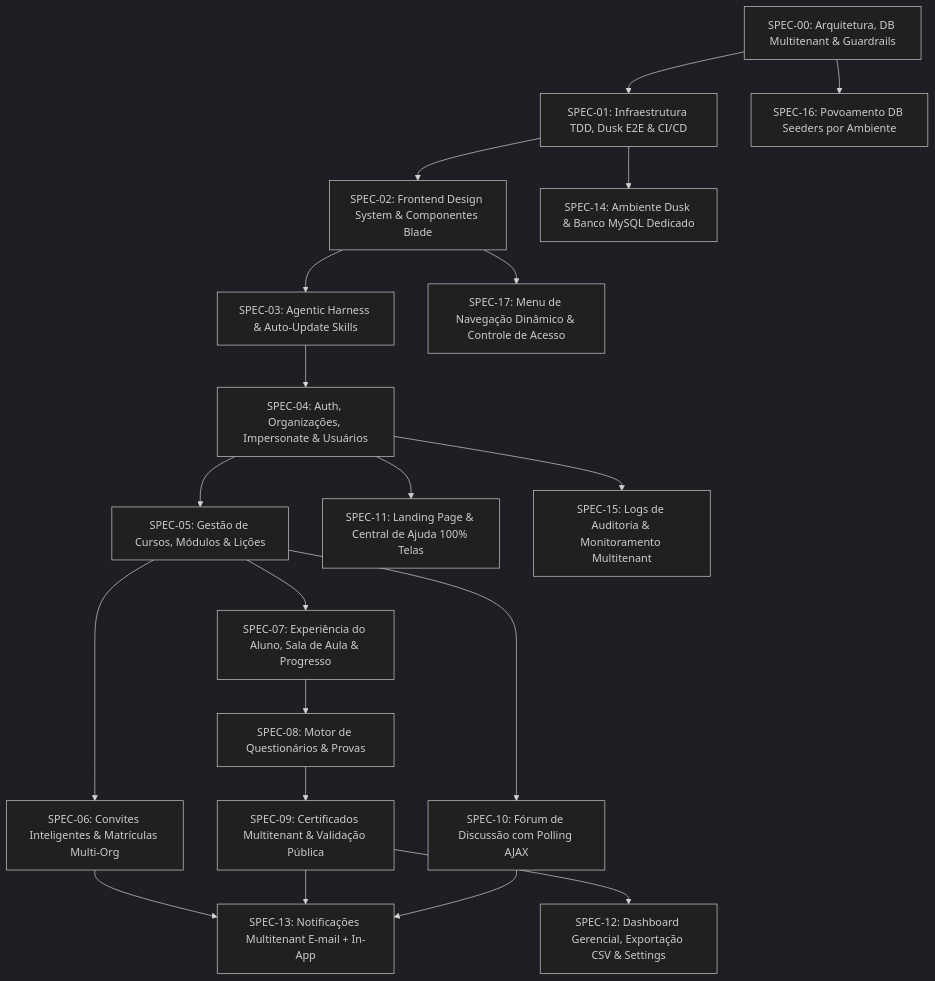
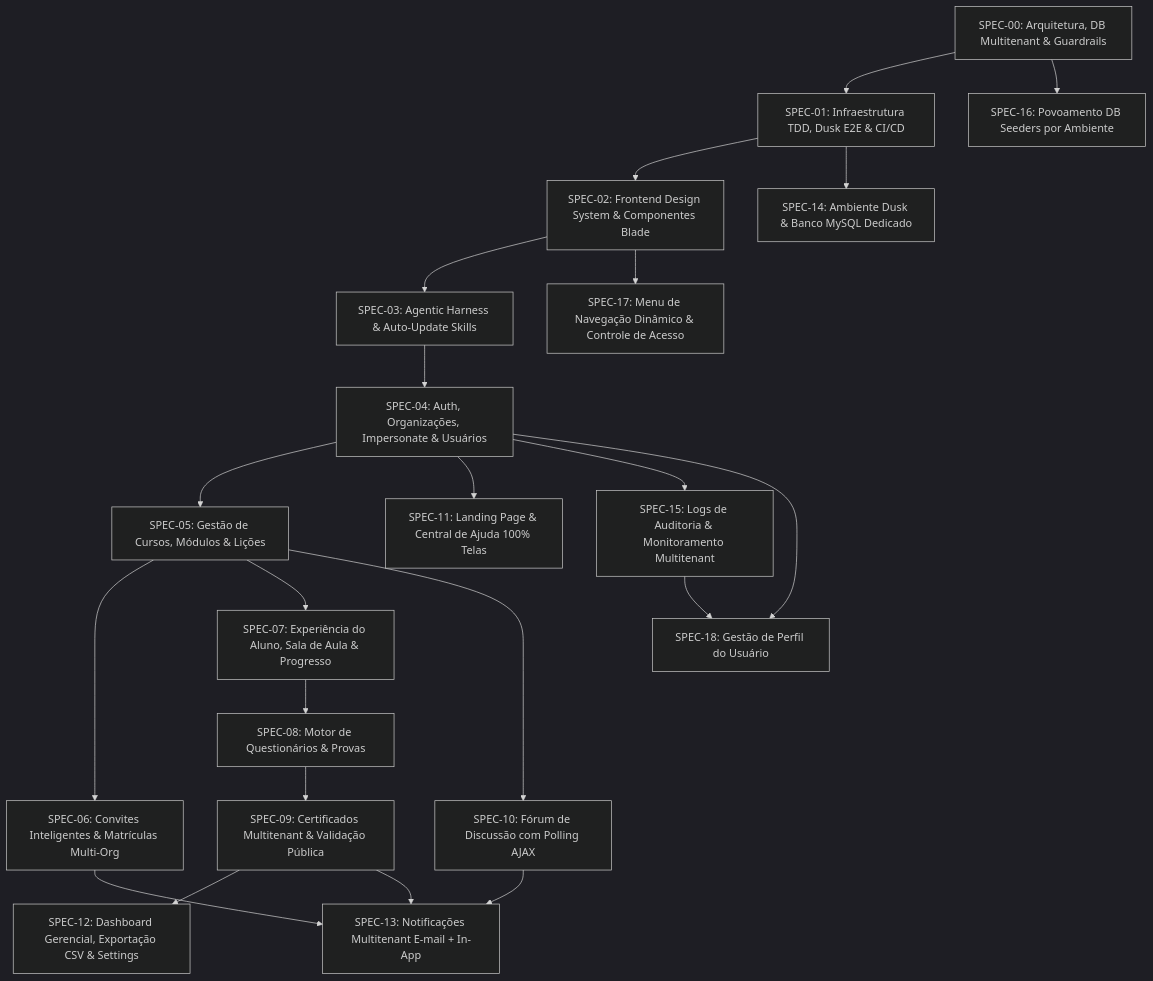
One commit to rafadepaula/plataforma_ead changed the diagram in spec/specs/README.md. Above: the diagram before and after it, drawn with Mermaid (dark theme). The commit also changed other lines of this file and 4 other files, not shown here.

````diff
--- a/spec/specs/README.md
+++ b/spec/specs/README.md
@@ -9,22 +9,24 @@
 ```mermaid
 graph TD
     S00[SPEC-00: Arquitetura, DB Multitenant & Guardrails] --> S01[SPEC-01: Infraestrutura TDD, Dusk E2E & CI/CD]
     S01 --> S02[SPEC-02: Frontend Design System & Componentes Blade]
     S02 --> S03[SPEC-03: Agentic Harness & Auto-Update Skills]
     S03 --> S04[SPEC-04: Auth, Organizações, Impersonate & Usuários]
     S04 --> S05[SPEC-05: Gestão de Cursos, Módulos & Lições]
     S05 --> S06[SPEC-06: Convites Inteligentes & Matrículas Multi-Org]
     S05 --> S07[SPEC-07: Experiência do Aluno, Sala de Aula & Progresso]
     S07 --> S08[SPEC-08: Motor de Questionários & Provas]
     S08 --> S09[SPEC-09: Certificados Multitenant & Validação Pública]
     S05 --> S10[SPEC-10: Fórum de Discussão com Polling AJAX]
     S04 --> S11[SPEC-11: Landing Page & Central de Ajuda 100% Telas]
     S09 --> S12[SPEC-12: Dashboard Gerencial, Exportação CSV & Settings]
     S06 --> S13[SPEC-13: Notificações Multitenant E-mail + In-App]
     S09 --> S13
     S10 --> S13
     S01 --> S14[SPEC-14: Ambiente Dusk & Banco MySQL Dedicado]
     S04 --> S15[SPEC-15: Logs de Auditoria & Monitoramento Multitenant]
     S00 --> S16[SPEC-16: Povoamento DB Seeders por Ambiente]
     S02 --> S17[SPEC-17: Menu de Navegação Dinâmico & Controle de Acesso]
+    S04 --> S18[SPEC-18: Gestão de Perfil do Usuário]
+    S15 --> S18
 ```
````
